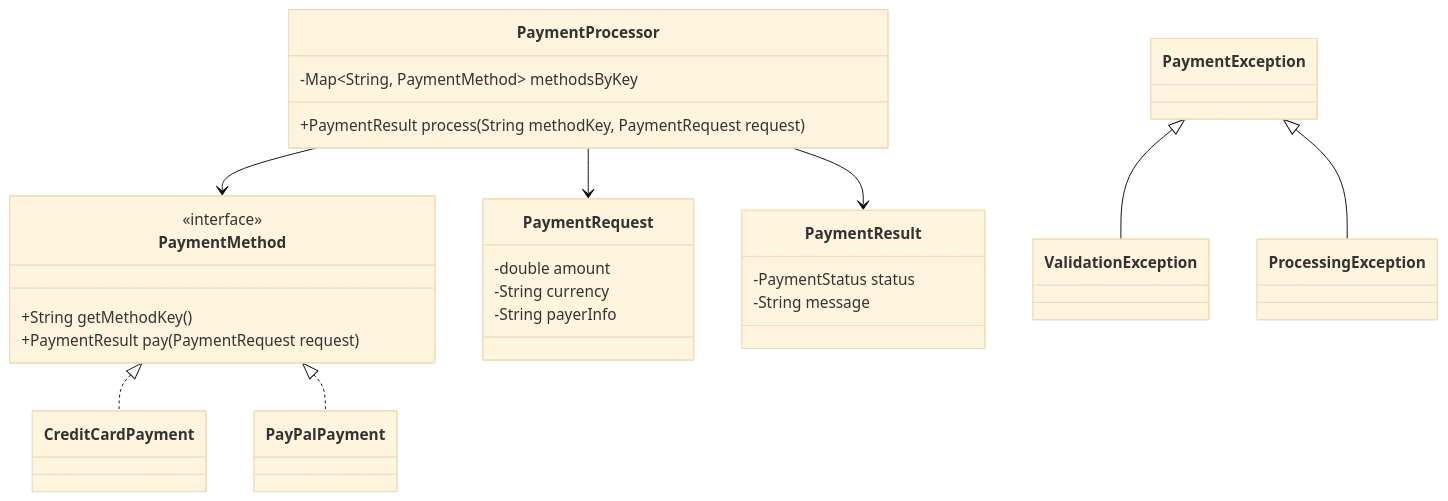
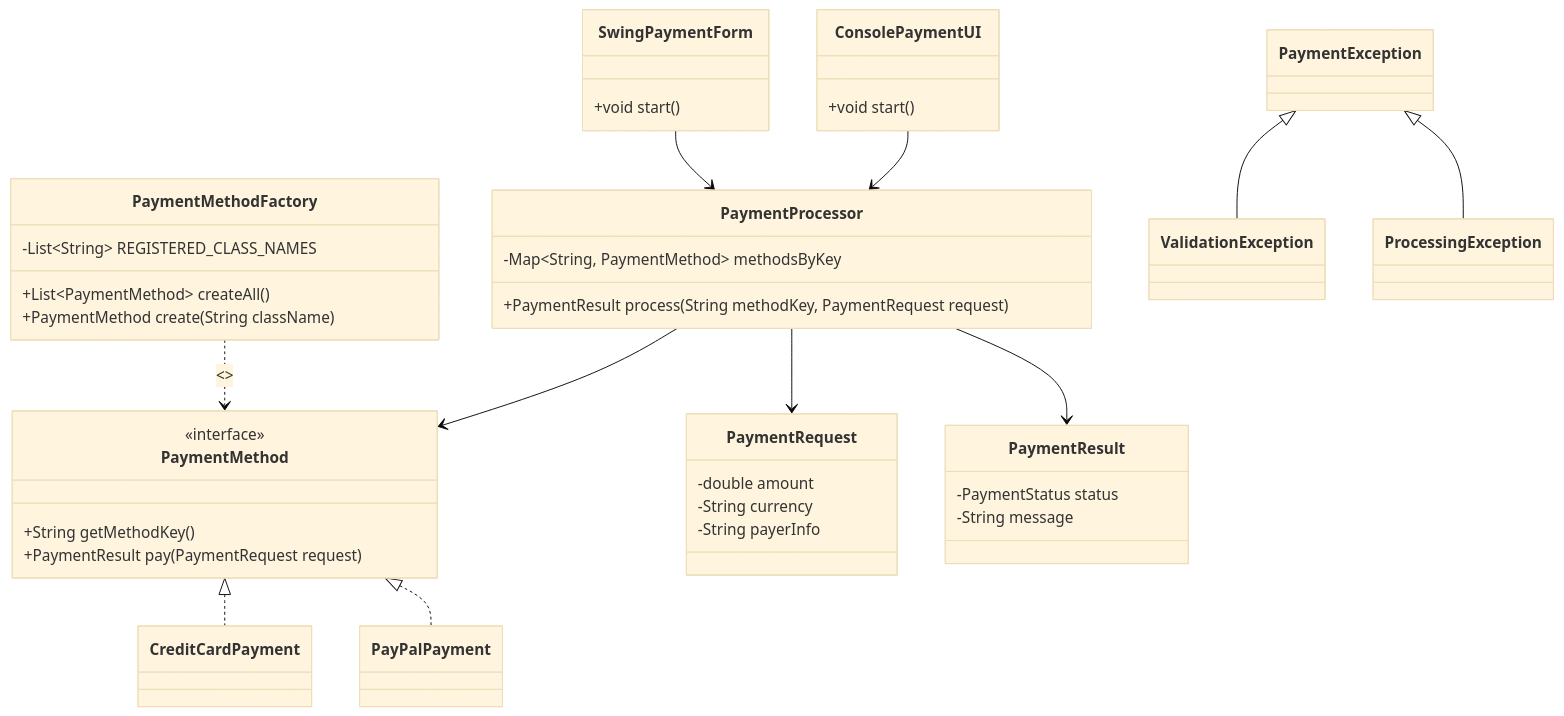
Before and after one commit to SamedBilginAlternet/n11_final: the first of 2 diagrams in README.md, drawn with Mermaid (base theme). The commit also changed other lines of this file, not shown here.

Commit message:
docs: update README with reflection pattern, Swing UI, new diagrams, and Linux build command

````diff
--- a/README.md
+++ b/README.md
@@ -16,38 +58,56 @@
 ```mermaid
 classDiagram
     class PaymentMethod {
       <<interface>>
       +String getMethodKey()
       +PaymentResult pay(PaymentRequest request)
     }
 
+    class PaymentMethodFactory {
+      -List~String~ REGISTERED_CLASS_NAMES
+      +List~PaymentMethod~ createAll()
+      +PaymentMethod create(String className)
+    }
+
     class CreditCardPayment
     class PayPalPayment
+
     class PaymentProcessor {
       -Map~String, PaymentMethod~ methodsByKey
       +PaymentResult process(String methodKey, PaymentRequest request)
     }
 
     class PaymentRequest {
       -double amount
       -String currency
       -String payerInfo
     }
 
     class PaymentResult {
       -PaymentStatus status
       -String message
     }
 
     class PaymentException
     class ValidationException
     class ProcessingException
 
+    class SwingPaymentForm {
+      +void start()
+    }
+
+    class ConsolePaymentUI {
+      +void start()
+    }
+
     PaymentMethod <|.. CreditCardPayment
     PaymentMethod <|.. PayPalPayment
+    PaymentMethodFactory ..> PaymentMethod : <<creates via reflection>>
     PaymentProcessor --> PaymentMethod
     PaymentProcessor --> PaymentRequest
     PaymentProcessor --> PaymentResult
     PaymentException <|-- ValidationException
     PaymentException <|-- ProcessingException
+    SwingPaymentForm --> PaymentProcessor
+    ConsolePaymentUI --> PaymentProcessor
 ```
````
